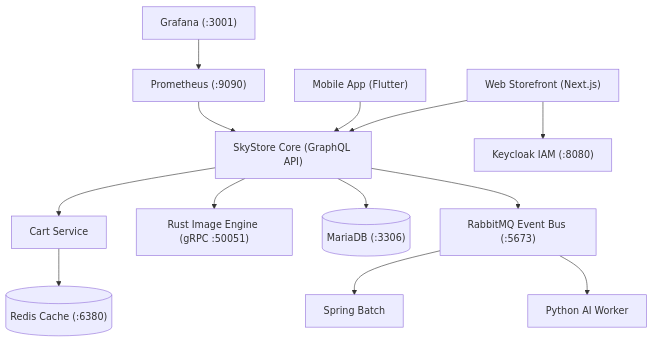
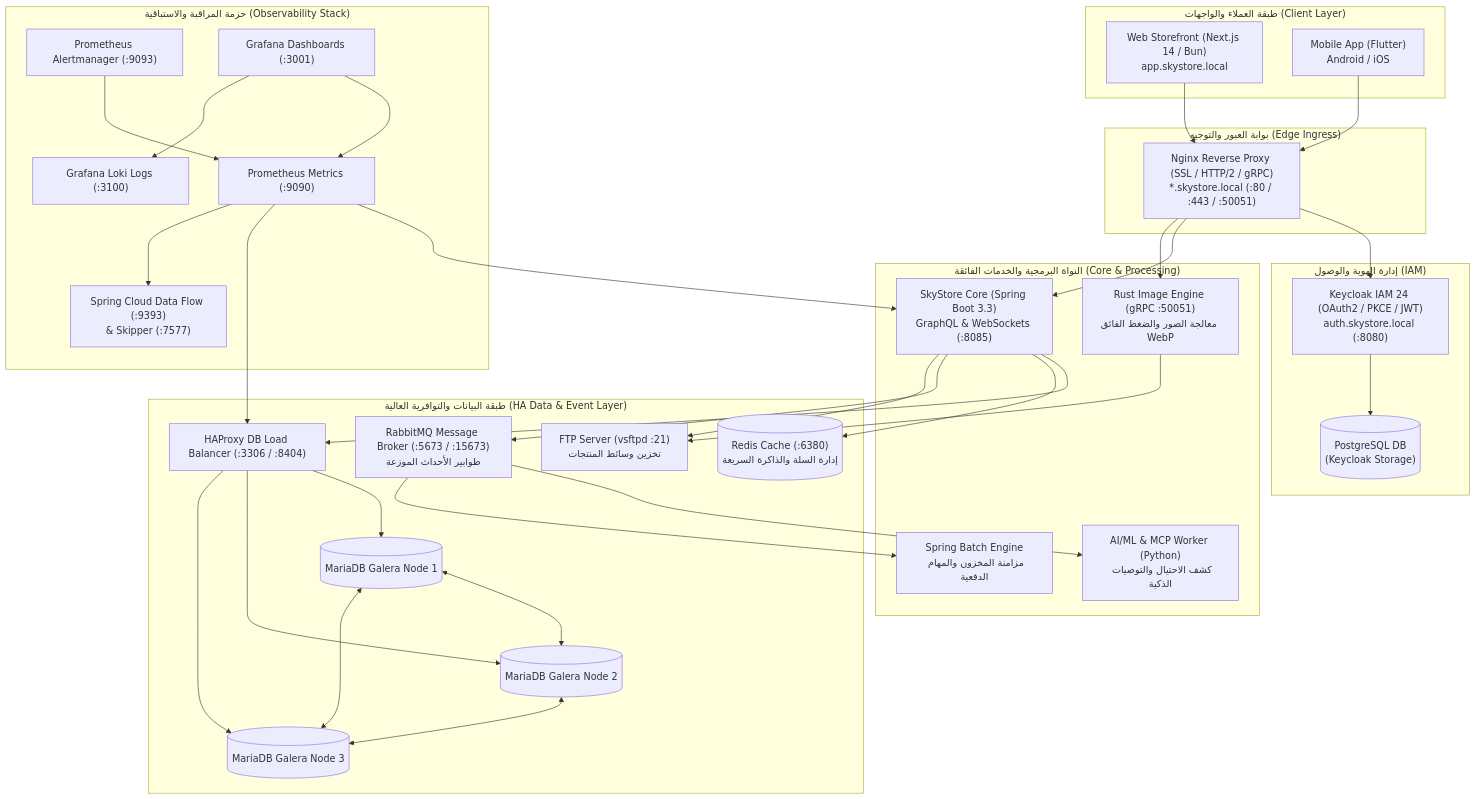
The diagram in README.md (TeamSoftWare-Developers-Organization/products-microservice), drawn with Mermaid before and after one commit. The commit also changed other lines of this file, not shown here.

````diff
--- a/README.md
+++ b/README.md
@@ -16,29 +21,67 @@
 ```mermaid
 graph TD
-    ClientWeb["Web Storefront (Next.js)"]
-    ClientMobile["Mobile App (Flutter)"]
-    Gateway["SkyStore Core (GraphQL API)"]
-    Keycloak["Keycloak IAM (:8080)"]
-    CartService["Cart Service"]
-    BatchService["Spring Batch"]
-    RustEngine["Rust Image Engine (gRPC :50051)"]
-    AIWorker["Python AI Worker"]
-    MariaDB[("MariaDB (:3306)")]
-    Redis[("Redis Cache (:6380)")]
-    RabbitMQ["RabbitMQ Event Bus (:5673)"]
-    Prometheus["Prometheus (:9090)"]
-    Grafana["Grafana (:3001)"]
+    subgraph Clients["طبقة العملاء والواجهات (Client Layer)"]
+        ClientWeb["Web Storefront (Next.js 14 / Bun)<br>app.skystore.local"]
+        ClientMobile["Mobile App (Flutter)<br>Android / iOS"]
+    end
 
-    ClientWeb --> Gateway
-    ClientMobile --> Gateway
-    ClientWeb --> Keycloak
-    Gateway --> MariaDB
-    Gateway --> CartService
-    CartService --> Redis
-    Gateway --> RustEngine
-    Gateway --> RabbitMQ
-    RabbitMQ --> BatchService
-    RabbitMQ --> AIWorker
-    Prometheus --> Gateway
+    subgraph Ingress["بوابة العبور والتوجيه (Edge Ingress)"]
+        Nginx["Nginx Reverse Proxy (SSL / HTTP/2 / gRPC)<br>*.skystore.local (:80 / :443 / :50051)"]
+    end
+
+    subgraph Security["إدارة الهوية والوصول (IAM)"]
+        Keycloak["Keycloak IAM 24 (OAuth2 / PKCE / JWT)<br>auth.skystore.local (:8080)"]
+        PostgresKeycloak[("PostgreSQL DB<br>(Keycloak Storage)")]
+    end
+
+    subgraph CoreLayer["النواة البرمجية والخدمات الفائقة (Core & Processing)"]
+        Core["SkyStore Core (Spring Boot 3.3)<br>GraphQL & WebSockets (:8085)"]
+        Rust["Rust Image Engine (gRPC :50051)<br>معالجة الصور والضغط الفائق WebP"]
+        AI["AI/ML & MCP Worker (Python)<br>كشف الاحتيال والتوصيات الذكية"]
+        Batch["Spring Batch Engine<br>مزامنة المخزون والمهام الدفعية"]
+    end
+
+    subgraph DataHA["طبقة البيانات والتوافرية العالية (HA Data & Event Layer)"]
+        Redis[("Redis Cache (:6380)<br>إدارة السلة والذاكرة السريعة")]
+        RabbitMQ["RabbitMQ Message Broker (:5673 / :15673)<br>طوابير الأحداث الموزعة"]
+        HAProxy["HAProxy DB Load Balancer (:3306 / :8404)"]
+        GaleraNode1[("MariaDB Galera Node 1")]
+        GaleraNode2[("MariaDB Galera Node 2")]
+        GaleraNode3[("MariaDB Galera Node 3")]
+        FTPStorage["FTP Server (vsftpd :21)<br>تخزين وسائط المنتجات"]
+    end
+
+    subgraph ObservabilityStack["حزمة المراقبة والاستباقية (Observability Stack)"]
+        SCDF["Spring Cloud Data Flow (:9393)<br>& Skipper (:7577)"]
+        Prometheus["Prometheus Metrics (:9090)"]
+        Alertmanager["Prometheus Alertmanager (:9093)"]
+        Loki["Grafana Loki Logs (:3100)"]
+        Grafana["Grafana Dashboards (:3001)"]
+    end
+
+    ClientWeb --> Nginx
+    ClientMobile --> Nginx
+    Nginx --> Keycloak
+    Keycloak --> PostgresKeycloak
+    Nginx --> Core
+    Nginx --> Rust
+    Core --> HAProxy
+    HAProxy --> GaleraNode1
+    HAProxy --> GaleraNode2
+    HAProxy --> GaleraNode3
+    GaleraNode1 <--> GaleraNode2
+    GaleraNode2 <--> GaleraNode3
+    GaleraNode3 <--> GaleraNode1
+    Core --> Redis
+    Core --> RabbitMQ
+    Core --> FTPStorage
+    Rust --> FTPStorage
+    RabbitMQ --> AI
+    RabbitMQ --> Batch
+    Prometheus --> Core
+    Prometheus --> HAProxy
+    Prometheus --> SCDF
+    Alertmanager --> Prometheus
     Grafana --> Prometheus
+    Grafana --> Loki
 ```
````
